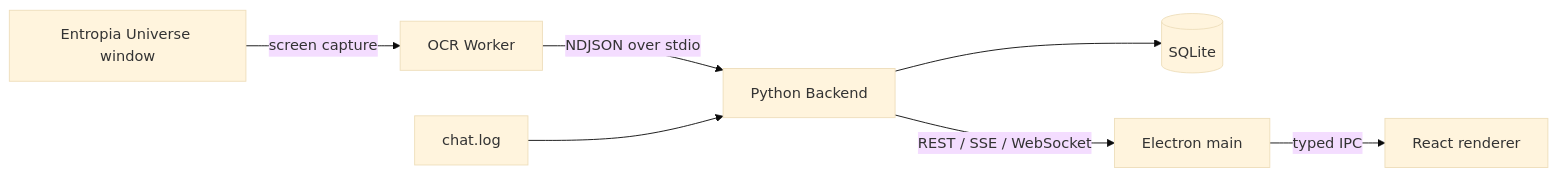
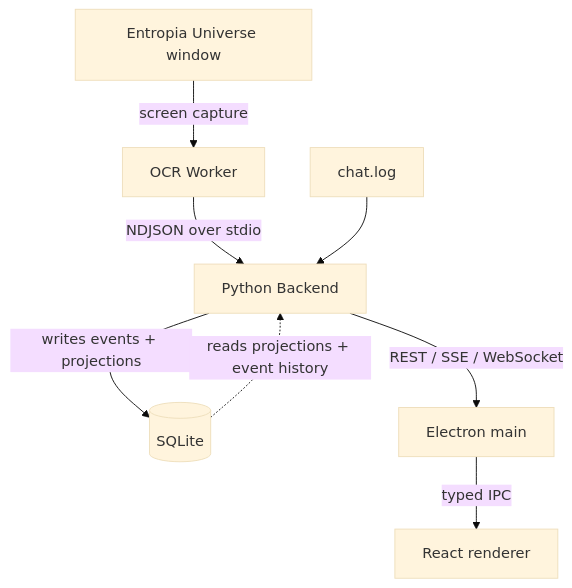
The first of 2 diagrams in README.md (PatrykCieszynski/ZML), drawn with Mermaid (base theme) before and after one commit.

Commit message:
Make architecture diagrams vertical

````diff
--- a/README.md
+++ b/README.md
@@ -19,9 +19,12 @@
 ```mermaid
-flowchart LR
+flowchart TB
     Game[Entropia Universe window] -->|screen capture| Worker[OCR Worker]
     Worker -->|NDJSON over stdio| Backend[Python Backend]
     Chat[chat.log] --> Backend
-    Backend --> SQLite[(SQLite)]
+
+    Backend -->|writes events + projections| SQLite[(SQLite)]
+    SQLite -.->|reads projections + event history| Backend
+
     Backend -->|REST / SSE / WebSocket| Main[Electron main]
     Main -->|typed IPC| Renderer[React renderer]
 ```
````
